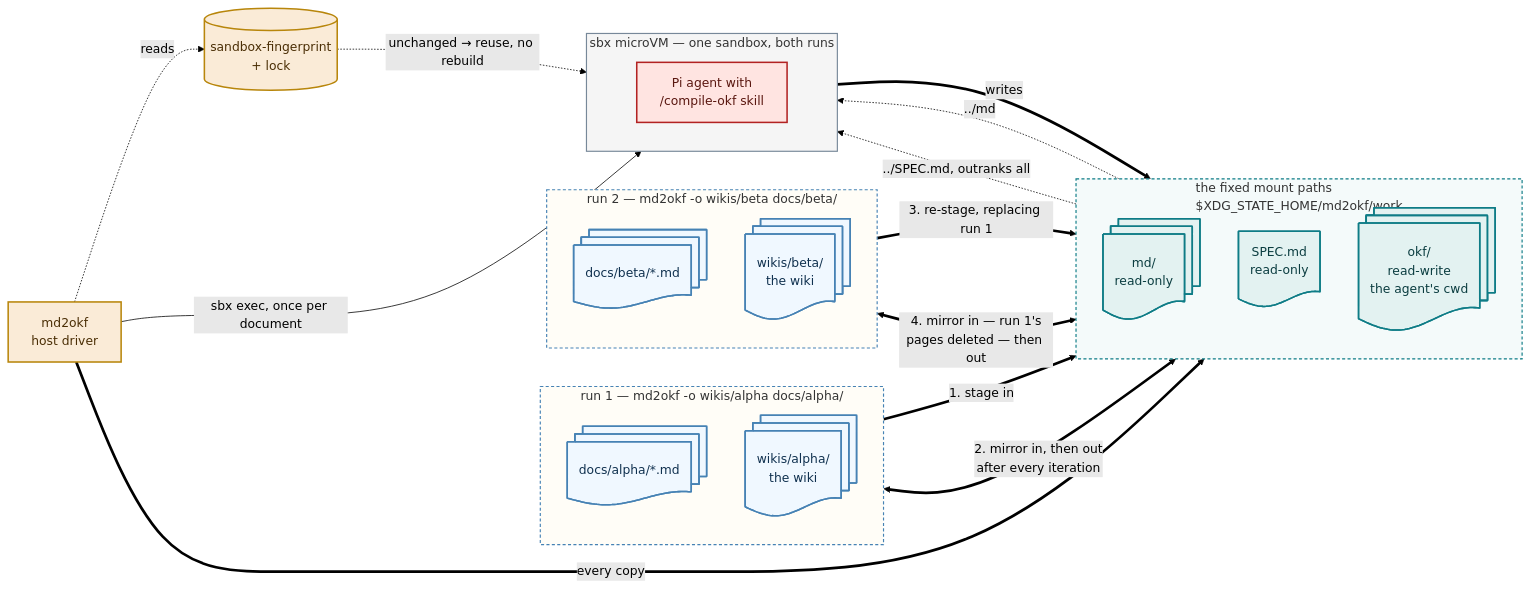
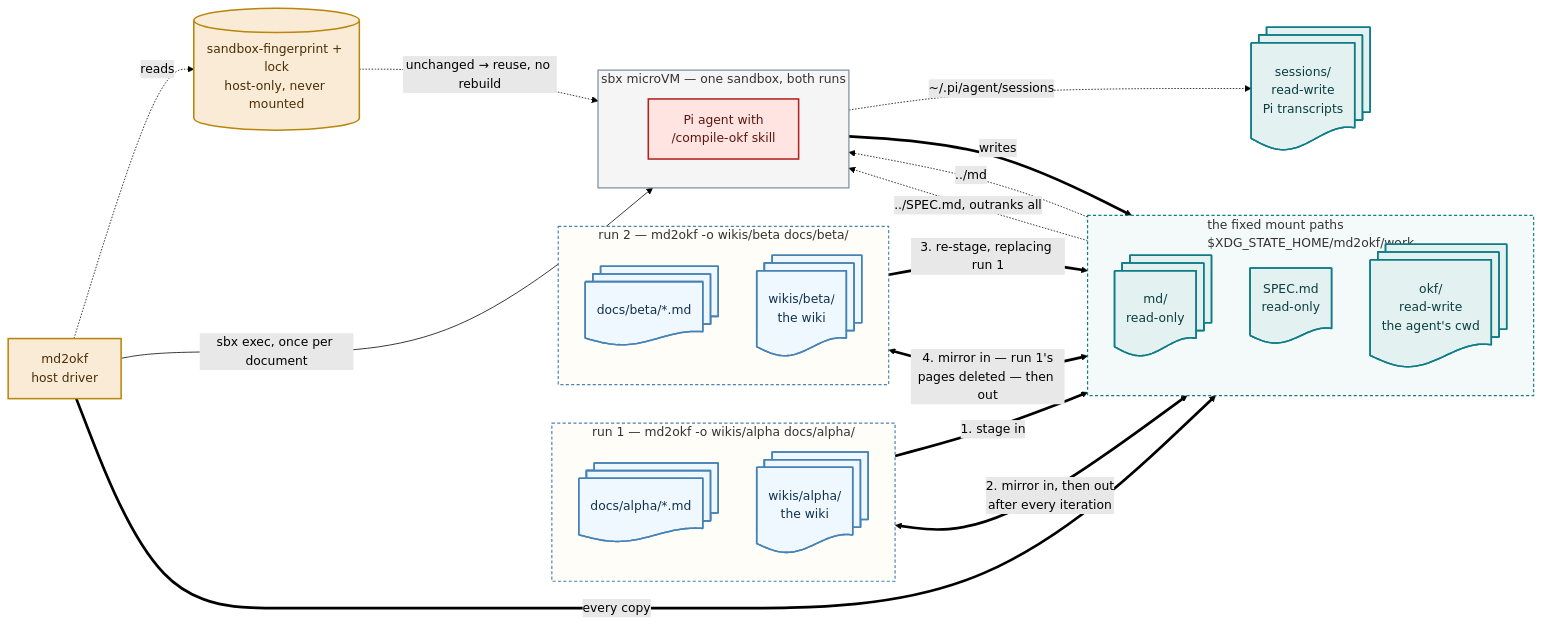
The second of 2 diagrams in .claude/plans/interface-plan.md (lars20070/md2okf), drawn with Mermaid (forest theme) before and after one commit. The commit also changed other lines of this file, not shown here.

````diff
--- a/.claude/plans/interface-plan.md
+++ b/.claude/plans/interface-plan.md
@@ -233,55 +261,59 @@
 ```mermaid
 flowchart LR
   subgraph RUN1[" run 1 — md2okf -o wikis/alpha docs/alpha/ "]
     direction TB
     AMD@{ shape: docs, label: "docs/alpha/*.md"}
     AOKF@{ shape: docs, label: "wikis/alpha/<br/>the wiki"}
   end
 
   subgraph RUN2[" run 2 — md2okf -o wikis/beta docs/beta/ "]
     direction TB
     BMD@{ shape: docs, label: "docs/beta/*.md"}
     BOKF@{ shape: docs, label: "wikis/beta/<br/>the wiki"}
   end
 
   subgraph WORK["the fixed mount paths<br/>$XDG_STATE_HOME/md2okf/work"]
     direction TB
     WMD@{ shape: docs, label: "md/<br/>read-only"}
     WSPEC@{ shape: doc, label: "SPEC.md<br/>read-only"}
     WOKF@{ shape: docs, label: "okf/<br/>read-write<br/>the agent's cwd"}
   end
 
+  SESS@{ shape: docs, label: "sessions/<br/>read-write<br/>Pi transcripts"}
+
   subgraph VM["sbx microVM — one sandbox, both runs"]
     direction TB
     PI["Pi agent with<br/>/compile-okf skill"]
   end
 
   DRV["md2okf<br/>host driver"]
-  FP[("sandbox-fingerprint<br/>+ lock")]
+  FP[("sandbox-fingerprint + lock<br/>host-only, never mounted")]
 
   AMD ==>|"1. stage in"| WMD
   AOKF <==>|"2. mirror in, then out<br/>after every iteration"| WOKF
   BMD ==>|"3. re-stage, replacing run 1"| WMD
   BOKF <==>|"4. mirror in — run 1's<br/>pages deleted — then out"| WOKF
 
   DRV ==>|"every copy"| WORK
   DRV -->|"sbx exec, once per document"| PI
   DRV -.->|"reads"| FP
   FP -.->|"unchanged → reuse, no rebuild"| VM
   WMD -.->|"../md"| PI
   WSPEC -.->|"../SPEC.md, outranks all"| PI
   PI ==>|"writes"| WOKF
+  PI -.->|"~/.pi/agent/sessions"| SESS
 
   classDef data    fill:aliceblue,stroke:steelblue,stroke-width:2px,color:#10314F
   classDef host    fill:antiquewhite,stroke:darkgoldenrod,stroke-width:2px,color:#4A2E05
   classDef helper  fill:#E3F2F1,stroke:#0E7C86,stroke-width:2px,color:#0B3D40
   classDef agent   fill:mistyrose,stroke:firebrick,stroke-width:2px,color:#5A1710
   class AMD,AOKF,BMD,BOKF data
   class DRV,FP host
   class WMD,WSPEC,WOKF helper
+  class SESS helper
   class PI agent
   style VM fill:whitesmoke,stroke:lightslategray,stroke-width:1.5px
   style WORK fill:#F4FAFA,stroke:#0E7C86,stroke-width:1.5px,stroke-dasharray:4 3
   style RUN1 fill:#FFFDF7,stroke:steelblue,stroke-width:1.5px,stroke-dasharray:4 3
   style RUN2 fill:#FFFDF7,stroke:steelblue,stroke-width:1.5px,stroke-dasharray:4 3
 ```
````
